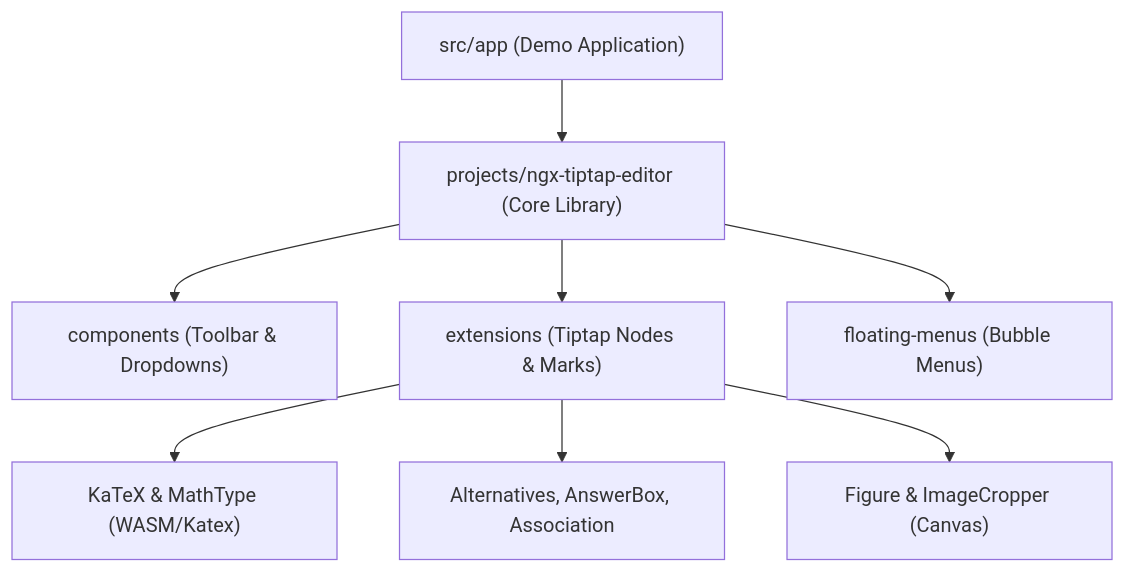
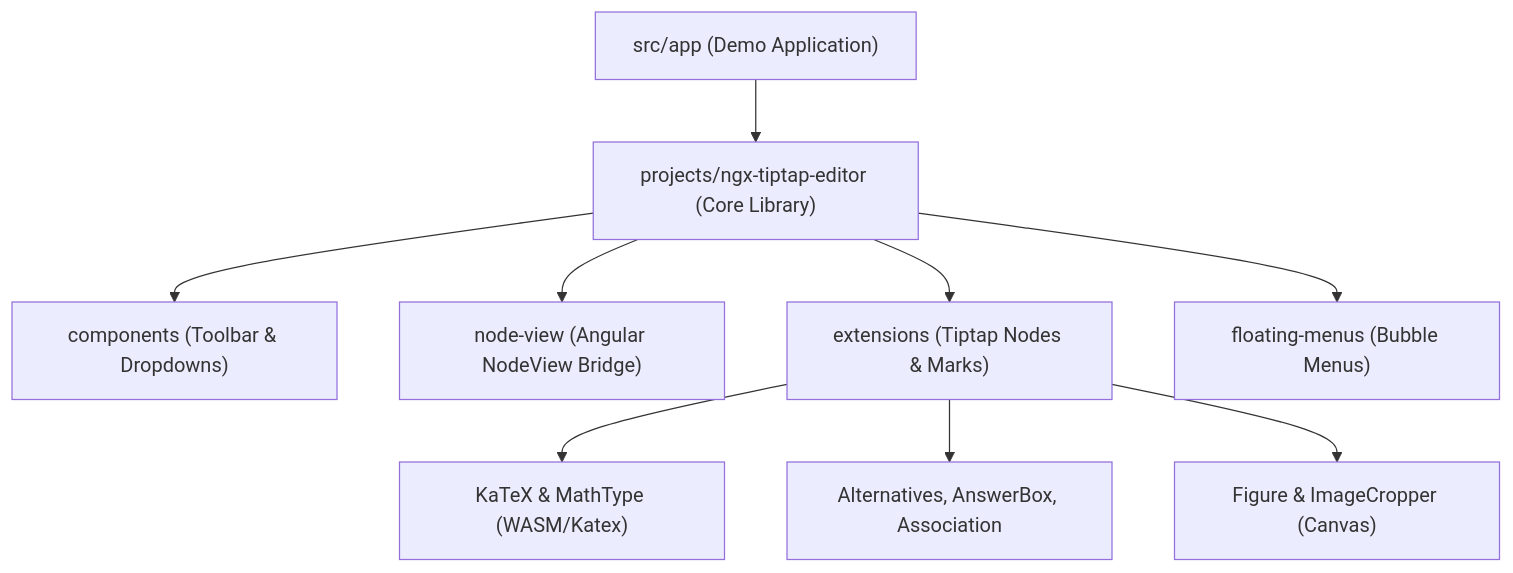
The diagram in README.md (marcelinombb/ngx-tiptap-editor), drawn with Mermaid before and after one commit. The commit also changed 4 other files, not shown here.

Commit message:
docs(egm): update architectural contracts and drift report for node-view bridge

````diff
--- a/README.md
+++ b/README.md
@@ -13,10 +13,11 @@
 ```mermaid
 graph TD
   App["src/app (Demo Application)"] --> Lib["projects/ngx-tiptap-editor (Core Library)"]
   Lib --> Toolbar["components (Toolbar & Dropdowns)"]
+  Lib --> NodeView["node-view (Angular NodeView Bridge)"]
   Lib --> Ext["extensions (Tiptap Nodes & Marks)"]
   Ext --> Math["KaTeX & MathType (WASM/Katex)"]
   Ext --> Edu["Alternatives, AnswerBox, Association"]
   Ext --> Img["Figure & ImageCropper (Canvas)"]
   Lib --> Menus["floating-menus (Bubble Menus)"]
 ```
````
